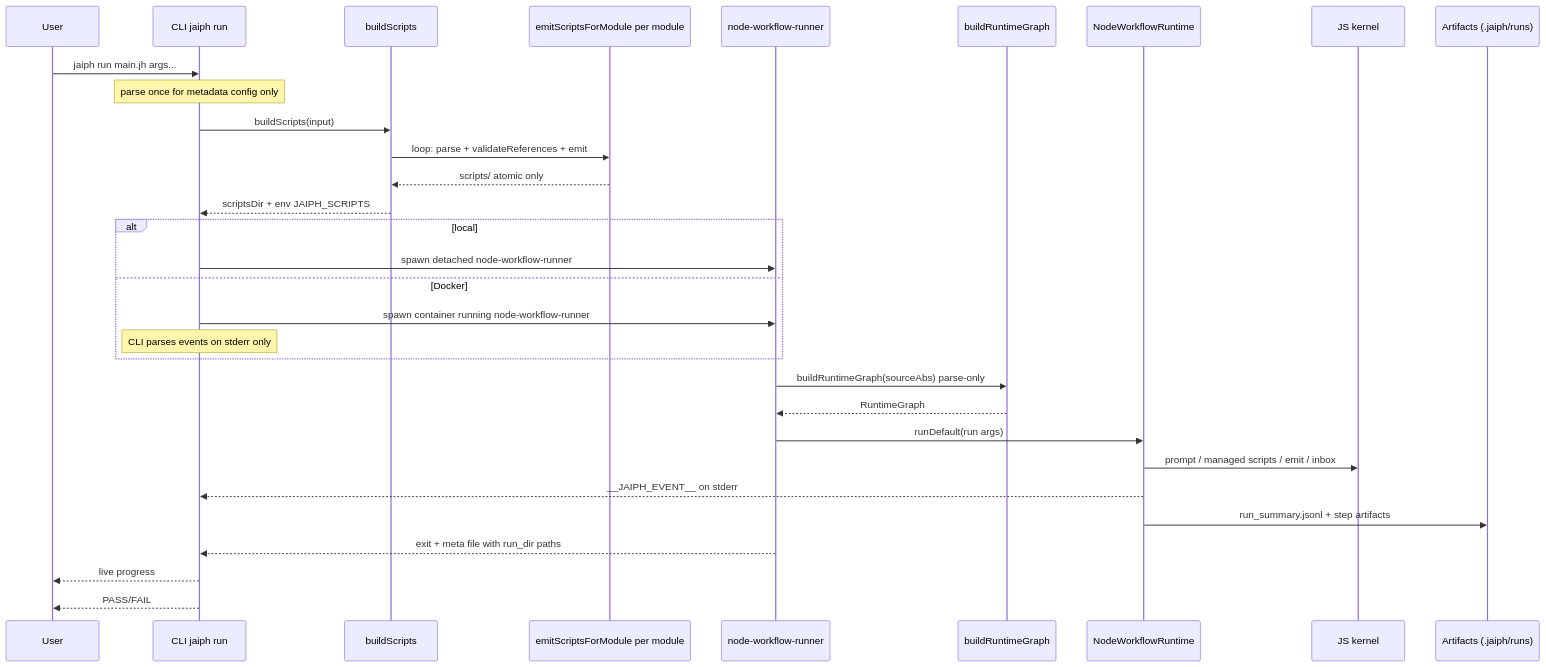
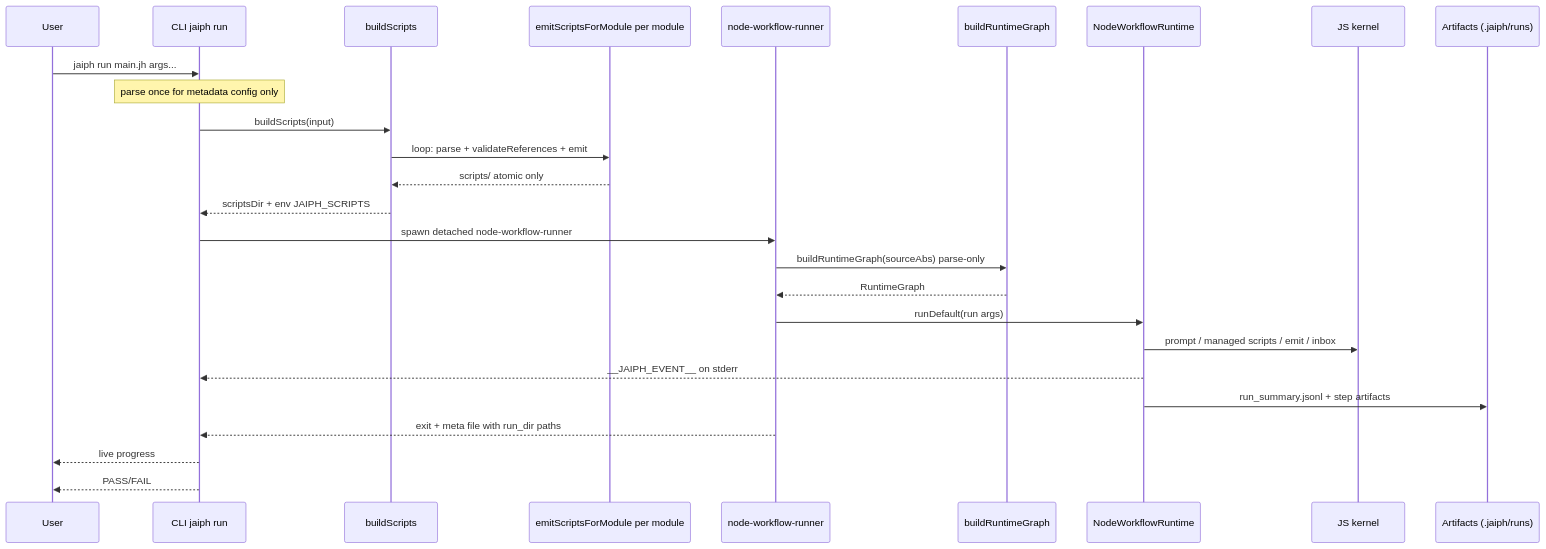
One commit to jaiphlang/jaiph changed the second of 3 diagrams in docs/architecture.md. Above: the diagram before and after it, drawn with Mermaid. The commit also changed other lines of this file and 28 other files, not shown here.

````diff
--- a/docs/architecture.md
+++ b/docs/architecture.md
@@ -177,34 +175,29 @@
 ```mermaid
 sequenceDiagram
     participant User
     participant CLI as CLI jaiph run
     participant Prep as buildScripts
     participant TF as emitScriptsForModule per module
     participant Runner as node-workflow-runner
     participant Graph as buildRuntimeGraph
     participant Runtime as NodeWorkflowRuntime
     participant Kernel as JS kernel
     participant Report as Artifacts (.jaiph/runs)
 
     User->>CLI: jaiph run main.jh args...
     Note over CLI: parse once for metadata config only
     CLI->>Prep: buildScripts(input)
     Prep->>TF: loop: parse + validateReferences + emit
     TF-->>Prep: scripts/ atomic only
     Prep-->>CLI: scriptsDir + env JAIPH_SCRIPTS
-    alt local
-        CLI->>Runner: spawn detached node-workflow-runner
-    else Docker
-        CLI->>Runner: spawn container running node-workflow-runner
-        Note over CLI: CLI parses events on stderr only
-    end
+    CLI->>Runner: spawn detached node-workflow-runner
     Runner->>Graph: buildRuntimeGraph(sourceAbs) parse-only
     Graph-->>Runner: RuntimeGraph
     Runner->>Runtime: runDefault(run args)
     Runtime->>Kernel: prompt / managed scripts / emit / inbox
     Runtime-->>CLI: __JAIPH_EVENT__ on stderr
     Runtime->>Report: run_summary.jsonl + step artifacts
     Runner-->>CLI: exit + meta file with run_dir paths
     CLI-->>User: live progress
     CLI-->>User: PASS/FAIL
 ```
````
